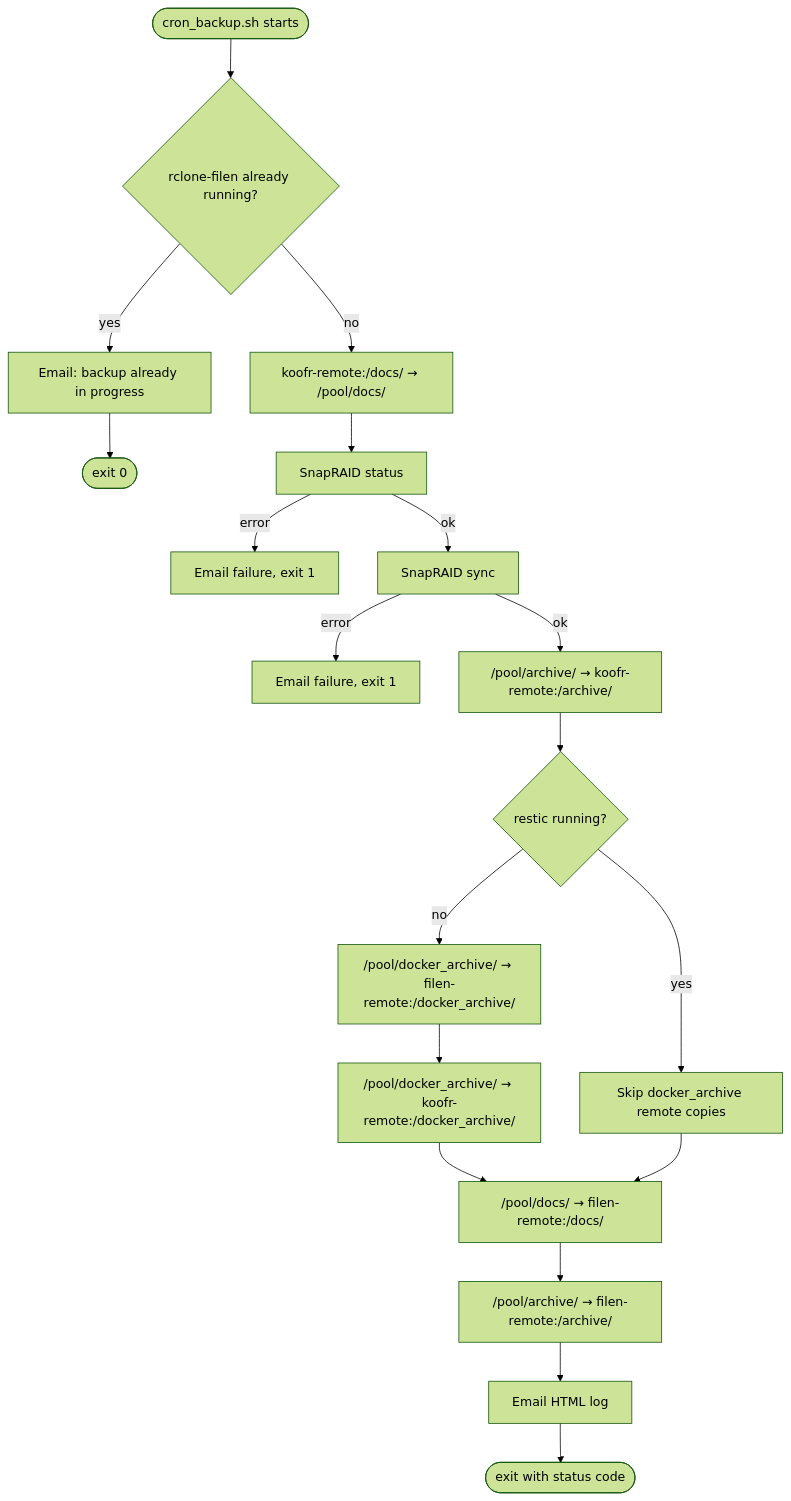
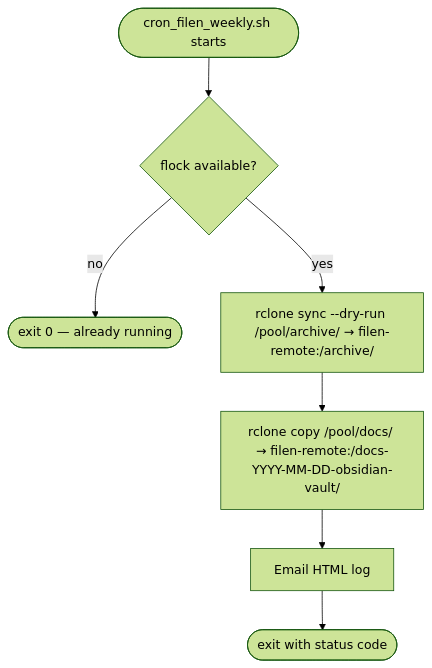
The third of 4 diagrams in docs/backup.md (mbeisser1/homelab), drawn with Mermaid (forest theme) before and after one commit. The commit also changed other lines of this file and 7 other files, not shown here.

First line of the commit message:
Refactor backup cron: daily SnapRAID and weekly Filen jobs.

````diff
--- a/docs/backup.md
+++ b/docs/backup.md
@@ -132,24 +104,9 @@
 ```mermaid
 flowchart TD
-    START([cron_backup.sh starts]) --> GUARD{rclone-filen already running?}
-    GUARD -->|yes| MAIL_BUSY[Email: backup already in progress]
-    MAIL_BUSY --> END_BUSY([exit 0])
-
-    GUARD -->|no| RESTORE["koofr-remote:/docs/ → /pool/docs/"]
-    RESTORE --> STATUS[SnapRAID status]
-    STATUS -->|error| ABORT_STATUS[Email failure, exit 1]
-    STATUS -->|ok| SYNC[SnapRAID sync]
-    SYNC -->|error| ABORT_SYNC[Email failure, exit 1]
-    SYNC -->|ok| K_ARCHIVE["/pool/archive/ → koofr-remote:/archive/"]
-
-    K_ARCHIVE --> RESTIC{restic running?}
-    RESTIC -->|yes| SKIP_DOCKER[Skip docker_archive remote copies]
-    RESTIC -->|no| F_DOCKER["/pool/docker_archive/ → filen-remote:/docker_archive/"]
-    F_DOCKER --> K_DOCKER["/pool/docker_archive/ → koofr-remote:/docker_archive/"]
-    K_DOCKER --> F_DOCS
-    SKIP_DOCKER --> F_DOCS
-
-    F_DOCS["/pool/docs/ → filen-remote:/docs/"] --> F_ARCHIVE["/pool/archive/ → filen-remote:/archive/"]
-    F_ARCHIVE --> MAIL[Email HTML log]
+    START([cron_filen_weekly.sh starts]) --> LOCK{flock available?}
+    LOCK -->|no| END_BUSY([exit 0 — already running])
+    LOCK -->|yes| DRY["rclone sync --dry-run /pool/archive/ → filen-remote:/archive/"]
+    DRY --> COPY["rclone copy /pool/docs/ → filen-remote:/docs-YYYY-MM-DD-obsidian-vault/"]
+    COPY --> MAIL[Email HTML log]
     MAIL --> END([exit with status code])
 ```
````
